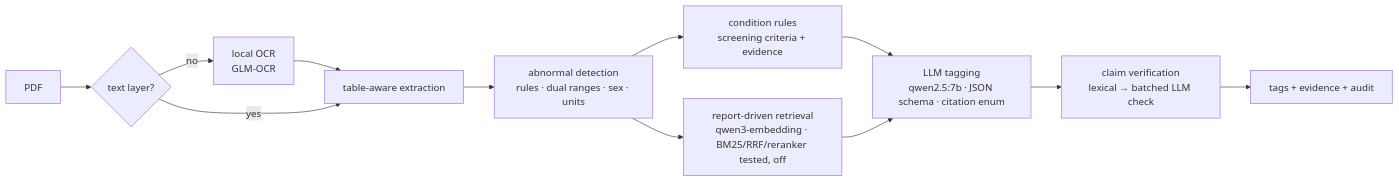
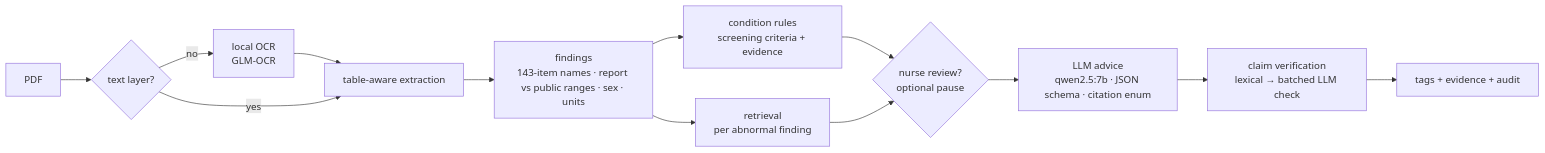
The diagram in README.md (Washyu0826/health-report-reader), drawn with Mermaid before and after one commit. The commit also changed other lines of this file and 17 other files, not shown here.

First line of the commit message:
Health Report Reader: LangGraph pipeline, nurse review, batch CLI, document-AI README

````diff
--- a/README.md
+++ b/README.md
@@ -27,13 +42,14 @@
 ```mermaid
 flowchart LR
     A[PDF] --> B{text layer?}
     B -- no --> O[local OCR<br/>GLM-OCR] --> C
     B -- yes --> C[table-aware extraction]
-    C --> D[abnormal detection<br/>rules · dual ranges · sex · units]
+    C --> D[findings<br/>143-item names · report vs public ranges · sex · units]
     D --> E[condition rules<br/>screening criteria + evidence]
-    D --> F[report-driven retrieval<br/>qwen3-embedding · BM25/RRF/reranker tested, off]
-    E --> G[LLM tagging<br/>qwen2.5:7b · JSON schema · citation enum]
-    F --> G
+    D --> F[retrieval<br/>per abnormal finding]
+    E --> R{nurse review?<br/>optional pause}
+    F --> R
+    R --> G[LLM advice<br/>qwen2.5:7b · JSON schema · citation enum]
     G --> H[claim verification<br/>lexical → batched LLM check]
     H --> I[tags + evidence + audit]
 ```
````
